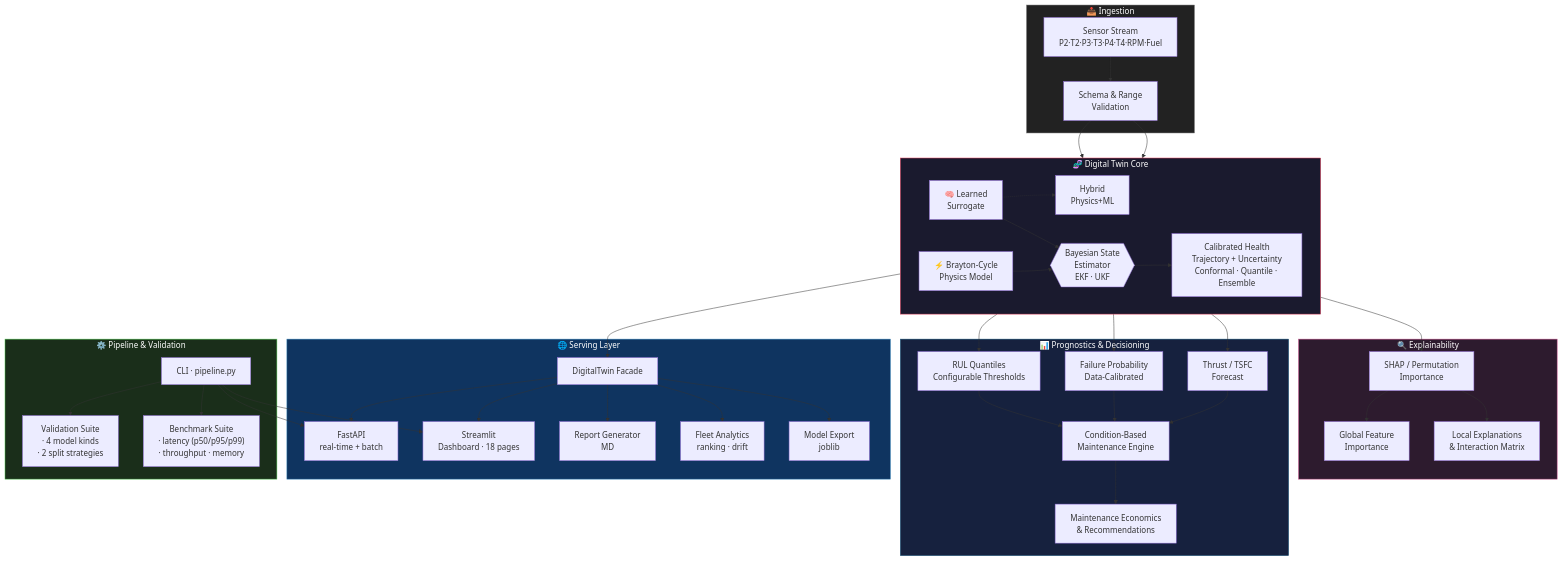
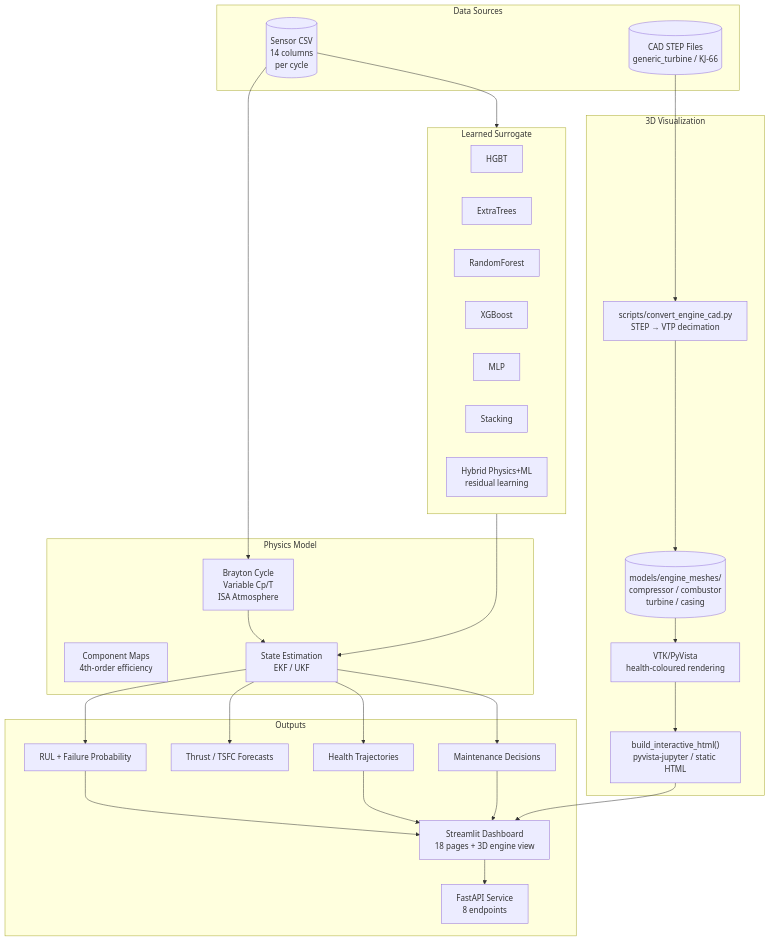
The first of 3 diagrams in README.md (sciencebanda09/AeroTwin), drawn with Mermaid before and after one commit. The commit also changed other lines of this file and 2 other files, not shown here.

First line of the commit message:
docs: rewrite README and architecture docs with mermaid diagrams

````diff
--- a/README.md
+++ b/README.md
@@ -47,53 +7,53 @@
 ```mermaid
 flowchart TB
-    subgraph INGEST["📥 Ingestion"]
-        A[Sensor Stream<br/>P2·T2·P3·T3·P4·T4·RPM·Fuel] --> B["Schema & Range<br/>Validation"]
+    subgraph Input["Data Sources"]
+        CSV[("Sensor CSV\n14 columns\nper cycle")]
+        CAD[("CAD STEP Files\ngeneric_turbine / KJ-66")]
     end
 
-    subgraph CORE["🧬 Digital Twin Core"]
-        direction LR
-        B --> C[⚡ Brayton-Cycle<br/>Physics Model]
-        B --> D[🧠 Learned<br/>Surrogate]
-        D -.-> D2[Hybrid<br/>Physics+ML]
-        C --> E{{Bayesian State<br/>Estimator<br/>EKF · UKF}}
-        D --> E
-        E --> F[Calibrated Health<br/>Trajectory + Uncertainty<br/>Conformal · Quantile · Ensemble]
+    subgraph Physics["Physics Model"]
+        BC[Brayton Cycle\nVariable Cp/T\nISA Atmosphere]
+        CM[Component Maps\n4th-order efficiency]
+        SE[State Estimation\nEKF / UKF]
     end
 
-    subgraph EXPLAIN["🔍 Explainability"]
-        F --> S[SHAP / Permutation<br/>Importance]
-        S --> T[Global Feature<br/>Importance]
-        S --> U["Local Explanations<br/>& Interaction Matrix"]
+    subgraph ML["Learned Surrogate"]
+        HGBT[HGBT]
+        ET[ExtraTrees]
+        RF[RandomForest]
+        XGB[XGBoost]
+        MLP[MLP]
+        ST[Stacking]
+        HY[Hybrid Physics+ML\nresidual learning]
     end
 
-    subgraph INTEL["📊 Prognostics & Decisioning"]
-        F --> G[RUL Quantiles<br/>Configurable Thresholds]
-        F --> H[Failure Probability<br/>Data-Calibrated]
-        F --> I[Thrust / TSFC<br/>Forecast]
-        G & H & I --> J[Condition-Based<br/>Maintenance Engine]
-        J --> K["Maintenance Economics<br/>& Recommendations"]
+    subgraph Viz["3D Visualization"]
+        CONV["scripts/convert_engine_cad.py\nSTEP → VTP decimation"]
+        MESH[("models/engine_meshes/\ncompressor / combustor\nturbine / casing")]
+        VTK[VTK/PyVista\nhealth-coloured rendering]
+        HTML["build_interactive_html()\npyvista-jupyter / static HTML"]
     end
 
-    subgraph SERVE["🌐 Serving Layer"]
-        F --> L[DigitalTwin Facade]
-        L --> M[FastAPI<br/>real-time + batch]
-        L --> N[Streamlit<br/>Dashboard · 18 pages]
-        L --> O[Report Generator<br/>MD]
-        L --> P[Fleet Analytics<br/>ranking · drift]
-        L --> Q[Model Export<br/>joblib]
+    subgraph Output["Outputs"]
+        RUL[RUL + Failure Probability]
+        THR[Thrust / TSFC Forecasts]
+        HLTH[Health Trajectories]
+        MAINT[Maintenance Decisions]
+        DASH[Streamlit Dashboard\n18 pages + 3D engine view]
+        API[FastAPI Service\n8 endpoints]
     end
 
-    subgraph OPS["⚙️ Pipeline & Validation"]
-        R[CLI · pipeline.py] --> M
-        R --> N
-        R --> V[Validation Suite<br/>· 4 model kinds<br/>· 2 split strategies]
-        R --> W["Benchmark Suite<br/>· latency (p50/p95/p99)<br/>· throughput · memory"]
-    end
-
-    style CORE fill:#1a1a2e,stroke:#e94560,color:#fff
-    style INTEL fill:#16213e,stroke:#0f4c75,color:#fff
-    style SERVE fill:#0f3460,stroke:#3282b8,color:#fff
-    style INGEST fill:#222,stroke:#888,color:#fff
-    style EXPLAIN fill:#2d1b2e,stroke:#c74b8a,color:#fff
-    style OPS fill:#1a2e1a,stroke:#4bc74b,color:#fff
+    CSV --> BC
+    CSV --> ML
+    BC --> SE
+    ML --> SE
+    SE --> RUL
+    SE --> HLTH
+    SE --> THR
+    SE --> MAINT
+    RUL --> DASH
+    HLTH --> DASH
+    MAINT --> DASH
+    DASH --> API
+    CAD --> CONV --> MESH --> VTK --> HTML --> DASH
 ```
````
